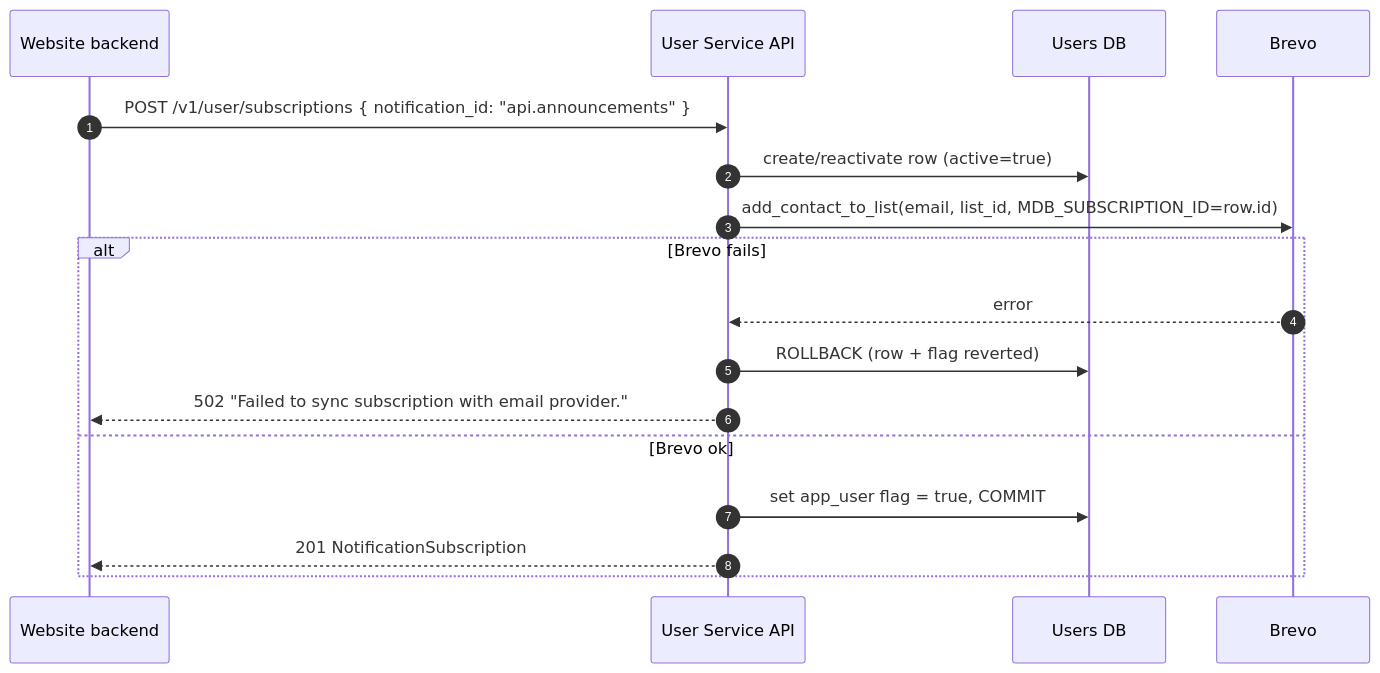
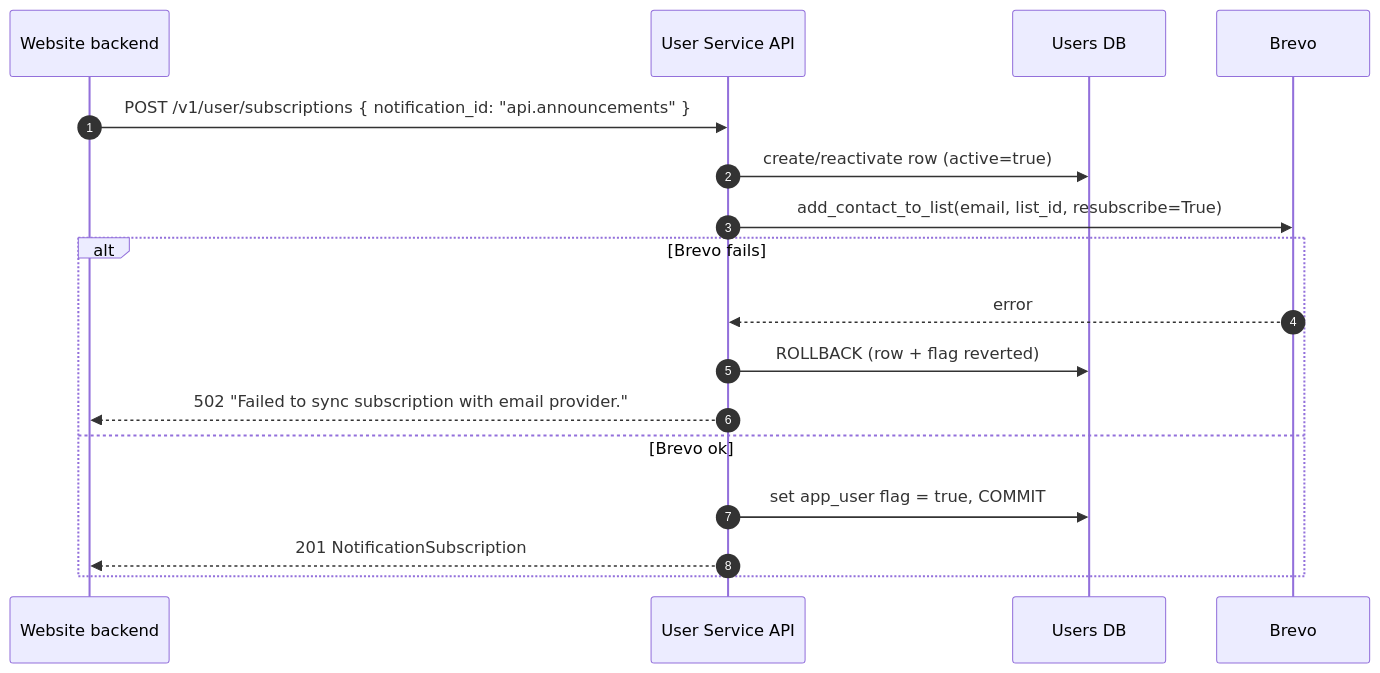
Before and after one commit to MobilityData/mobility-feed-api: the third of 5 diagrams in docs/notifications-subscription-flows.md, drawn with Mermaid. The commit also changed other lines of this file and 14 other files, not shown here.

Commit message:
remove MDB_SUBSCRIPTION_ID

````diff
--- a/docs/notifications-subscription-flows.md
+++ b/docs/notifications-subscription-flows.md
@@ -209,20 +214,20 @@
 ```mermaid
 sequenceDiagram
     autonumber
     participant W as Website backend
     participant API as User Service API
     participant DB as Users DB
     participant BR as Brevo
 
     W->>API: POST /v1/user/subscriptions { notification_id: "api.announcements" }
     API->>DB: create/reactivate row (active=true)
-    API->>BR: add_contact_to_list(email, list_id, MDB_SUBSCRIPTION_ID=row.id)
+    API->>BR: add_contact_to_list(email, list_id, resubscribe=True)
     alt Brevo fails
         BR-->>API: error
         API->>DB: ROLLBACK (row + flag reverted)
         API-->>W: 502 "Failed to sync subscription with email provider."
     else Brevo ok
         API->>DB: set app_user flag = true, COMMIT
         API-->>W: 201 NotificationSubscription
     end
 ```
````
